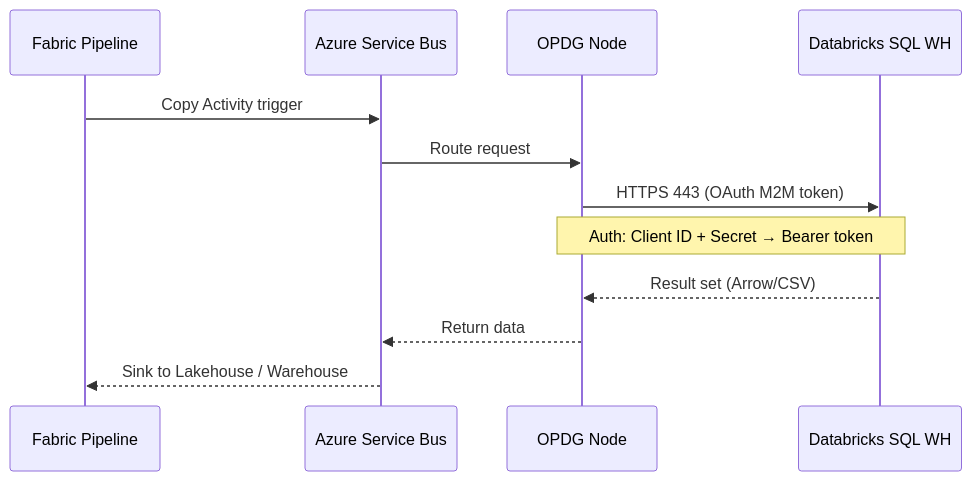
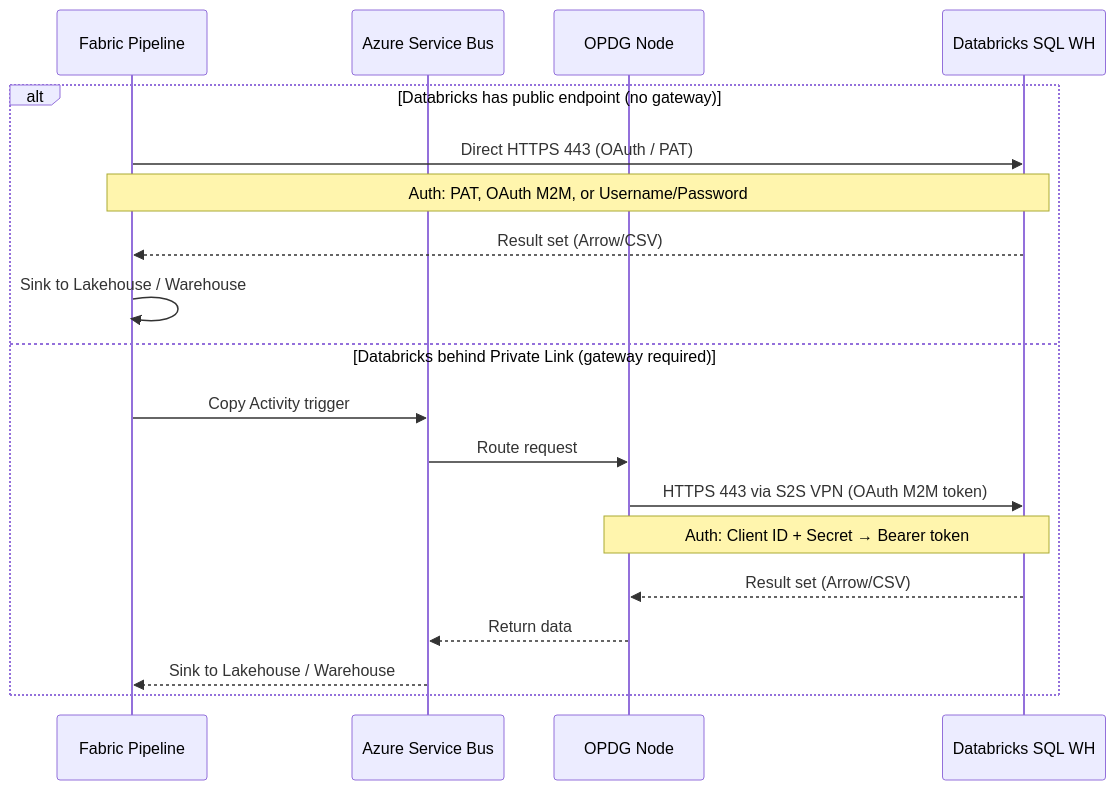
One commit to cyphou/Fabric-Gateway changed the eighth of 8 diagrams in docs/03-aws-connectivity.md. Above: the diagram before and after it, drawn with Mermaid. The commit also changed other lines of this file, not shown here.

Commit message:
Clarify AWS connector gateway requirements

````diff
--- a/docs/03-aws-connectivity.md
+++ b/docs/03-aws-connectivity.md
@@ -462,15 +604,22 @@
 ```mermaid
 sequenceDiagram
     participant PIPE as Fabric Pipeline
     participant SB as Azure Service Bus
     participant GW as OPDG Node
     participant DBR as Databricks SQL WH
 
-    PIPE->>SB: Copy Activity trigger
-    SB->>GW: Route request
-    GW->>DBR: HTTPS 443 (OAuth M2M token)
-    Note over GW,DBR: Auth: Client ID + Secret → Bearer token
-    DBR-->>GW: Result set (Arrow/CSV)
-    GW-->>SB: Return data
-    SB-->>PIPE: Sink to Lakehouse / Warehouse
+    alt Databricks has public endpoint (no gateway)
+        PIPE->>DBR: Direct HTTPS 443 (OAuth / PAT)
+        Note over PIPE,DBR: Auth: PAT, OAuth M2M, or Username/Password
+        DBR-->>PIPE: Result set (Arrow/CSV)
+        PIPE->>PIPE: Sink to Lakehouse / Warehouse
+    else Databricks behind Private Link (gateway required)
+        PIPE->>SB: Copy Activity trigger
+        SB->>GW: Route request
+        GW->>DBR: HTTPS 443 via S2S VPN (OAuth M2M token)
+        Note over GW,DBR: Auth: Client ID + Secret → Bearer token
+        DBR-->>GW: Result set (Arrow/CSV)
+        GW-->>SB: Return data
+        SB-->>PIPE: Sink to Lakehouse / Warehouse
+    end
 ```
````
